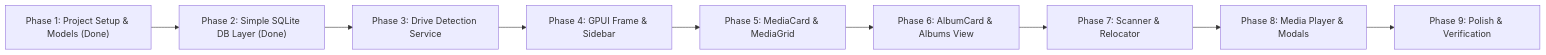
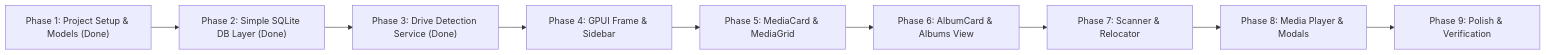
Before and after one commit to heisdezz/drive-rust: the diagram in context/08_Implementation_Steps.md, drawn with Mermaid. The commit also changed other lines of this file and 4 other files, not shown here.

Commit message:
feat: complete phase 3 (removable drive detection & background monitor)

````diff
--- a/context/08_Implementation_Steps.md
+++ b/context/08_Implementation_Steps.md
@@ -20,11 +20,11 @@
 ```mermaid
 flowchart LR
     P1["Phase 1: Project Setup & Models (Done)"] --> P2["Phase 2: Simple SQLite DB Layer (Done)"]
-    P2 --> P3[Phase 3: Drive Detection Service]
+    P2 --> P3["Phase 3: Drive Detection Service (Done)"]
     P3 --> P4[Phase 4: GPUI Frame & Sidebar]
     P4 --> P5[Phase 5: MediaCard & MediaGrid]
     P5 --> P6[Phase 6: AlbumCard & Albums View]
     P6 --> P7[Phase 7: Scanner & Relocator]
     P7 --> P8[Phase 8: Media Player & Modals]
     P8 --> P9[Phase 9: Polish & Verification]
 ```
````
